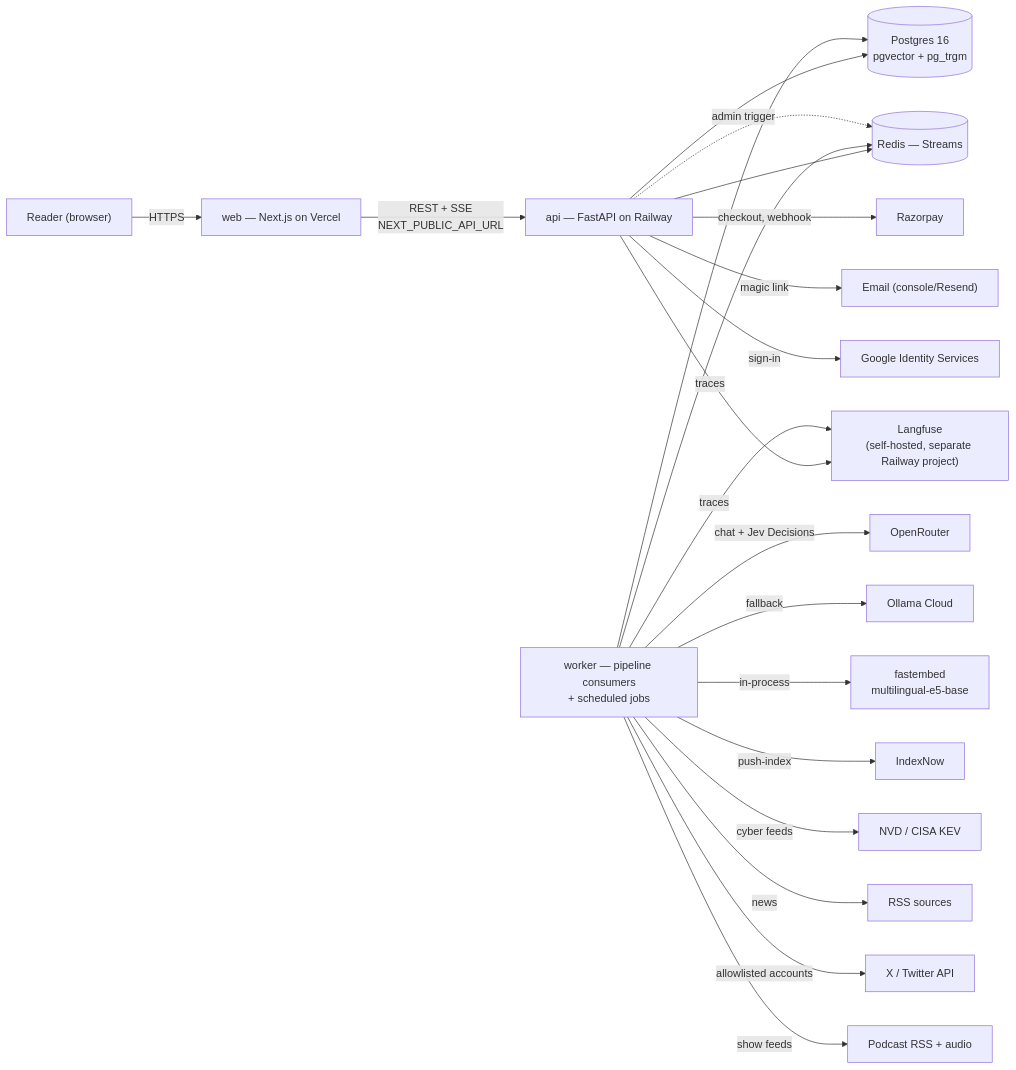
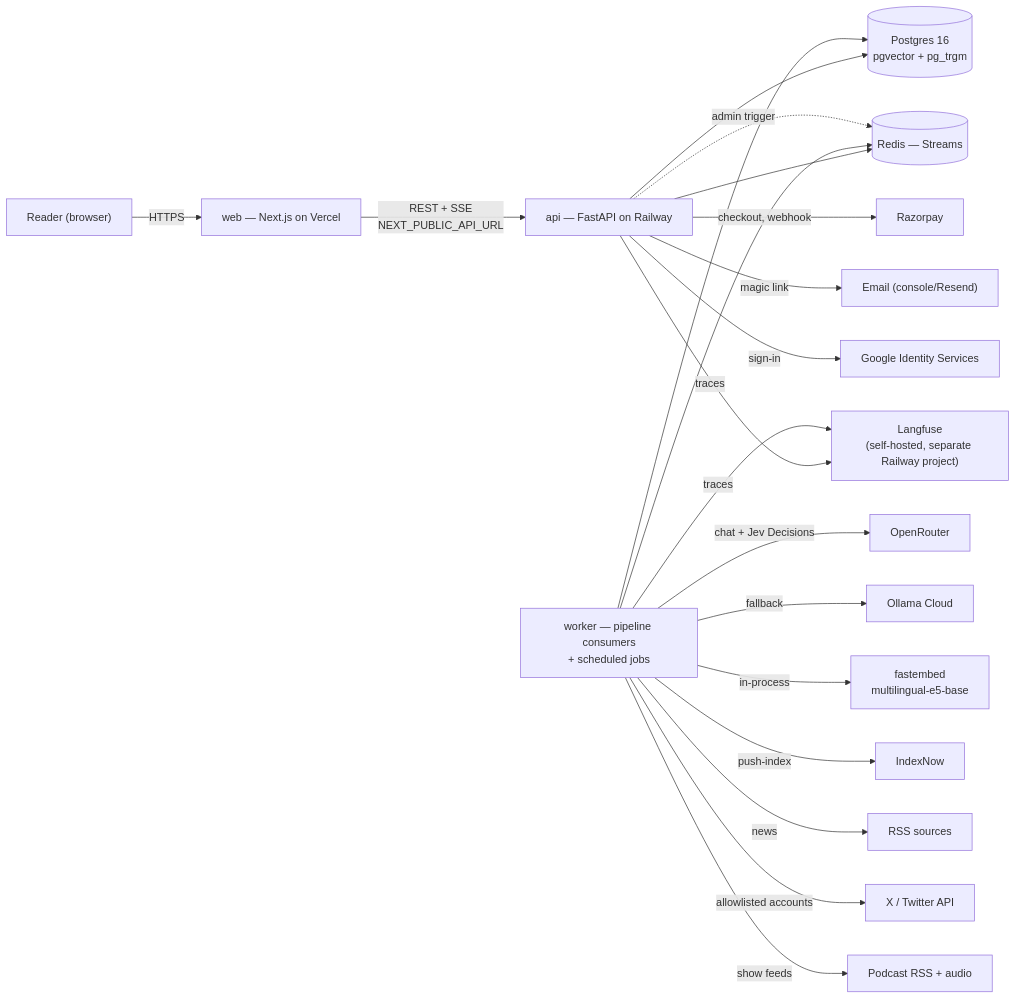
The first of 4 diagrams in docs/ARCHITECTURE.md (Matryx-Social-Labs/prism), drawn with Mermaid before and after one commit. The commit also changed other lines of this file and 36 other files, not shown here.

First line of the commit message:
refactor: remove the NVD and CISA KEV collectors — news only, never vulnerability records

````diff
--- a/docs/ARCHITECTURE.md
+++ b/docs/ARCHITECTURE.md
@@ -33,23 +33,22 @@
 ```mermaid
 flowchart LR
     Reader["Reader (browser)"] -->|HTTPS| Web["web — Next.js on Vercel"]
     Web -->|"REST + SSE\nNEXT_PUBLIC_API_URL"| API["api — FastAPI on Railway"]
     API --> DB[("Postgres 16\npgvector + pg_trgm")]
     API --> Redis[("Redis — Streams")]
     Worker["worker — pipeline consumers\n+ scheduled jobs"] --> DB
     Worker --> Redis
     API -.->|admin trigger| Redis
     Worker -->|chat + Jev Decisions| OpenRouter["OpenRouter"]
     Worker -->|fallback| Ollama["Ollama Cloud"]
     Worker -->|in-process| FastEmbed["fastembed\nmultilingual-e5-base"]
     API -->|traces| Langfuse["Langfuse\n(self-hosted, separate Railway project)"]
     Worker -->|traces| Langfuse
     API -->|checkout, webhook| Razorpay["Razorpay"]
     API -->|magic link| Email["Email (console/Resend)"]
     API -->|sign-in| Google["Google Identity Services"]
     Worker -->|push-index| IndexNow["IndexNow"]
-    Worker -->|cyber feeds| CVE["NVD / CISA KEV"]
     Worker -->|news| RSS["RSS sources"]
     Worker -->|allowlisted accounts| X["X / Twitter API"]
     Worker -->|show feeds| Podcasts["Podcast RSS + audio"]
 ```
````
